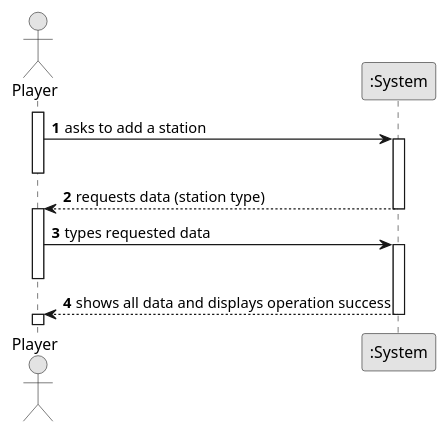
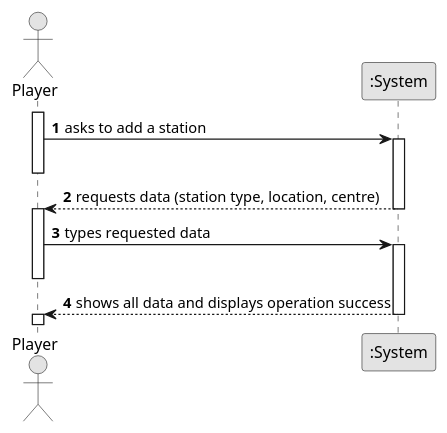
Before and after one commit to ivasduarte/all-aboard: the diagram in docs/sprint1/us005/01.requirements-engineering/puml/us005-system-sequence-diagram.puml, drawn with PlantUML. The commit also changed 1 other file, not shown here.

```diff
--- a/docs/sprint1/us005/01.requirements-engineering/puml/us005-system-sequence-diagram.puml
+++ b/docs/sprint1/us005/01.requirements-engineering/puml/us005-system-sequence-diagram.puml
@@ -1,29 +1,29 @@
 @startuml
 skinparam monochrome true
 skinparam packageStyle rectangle
 skinparam shadowing false
 
 autonumber
 
 actor "Player" as Player
 participant ":System" as System
 
 activate Player
 
     Player -> System : asks to add a station
     activate System
     deactivate Player
 
-    System --> Player : requests data (station type)
+    System --> Player : requests data (station type, location, centre)
     deactivate System
     activate Player
 
     Player -> System : types requested data
     activate System
     deactivate Player
 
     System --> Player : shows all data and displays operation success
     deactivate System
     activate Player
 
 @enduml
```
